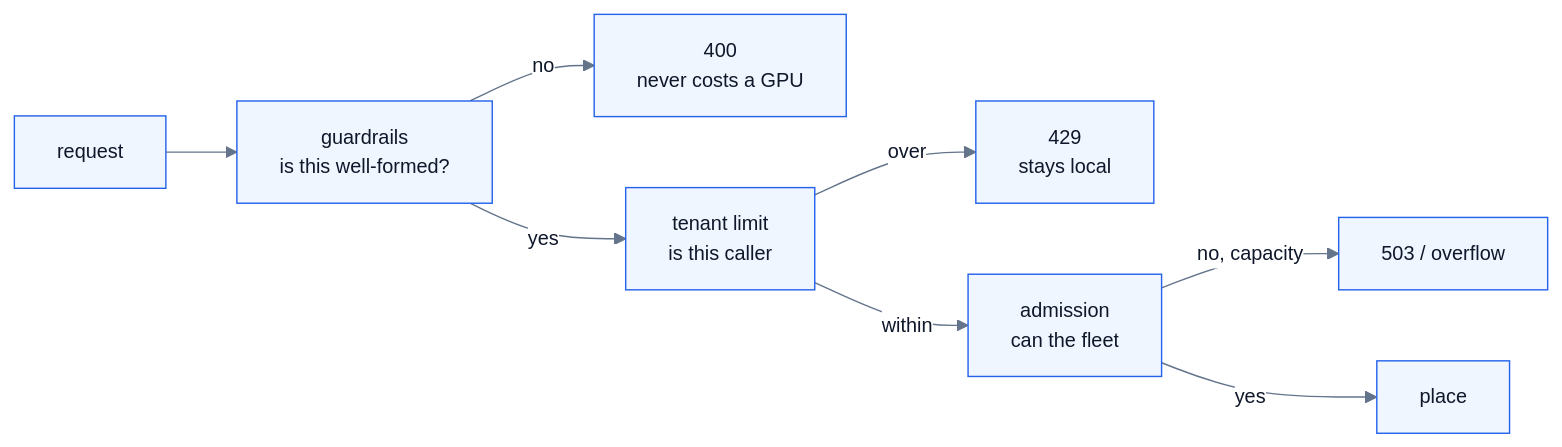
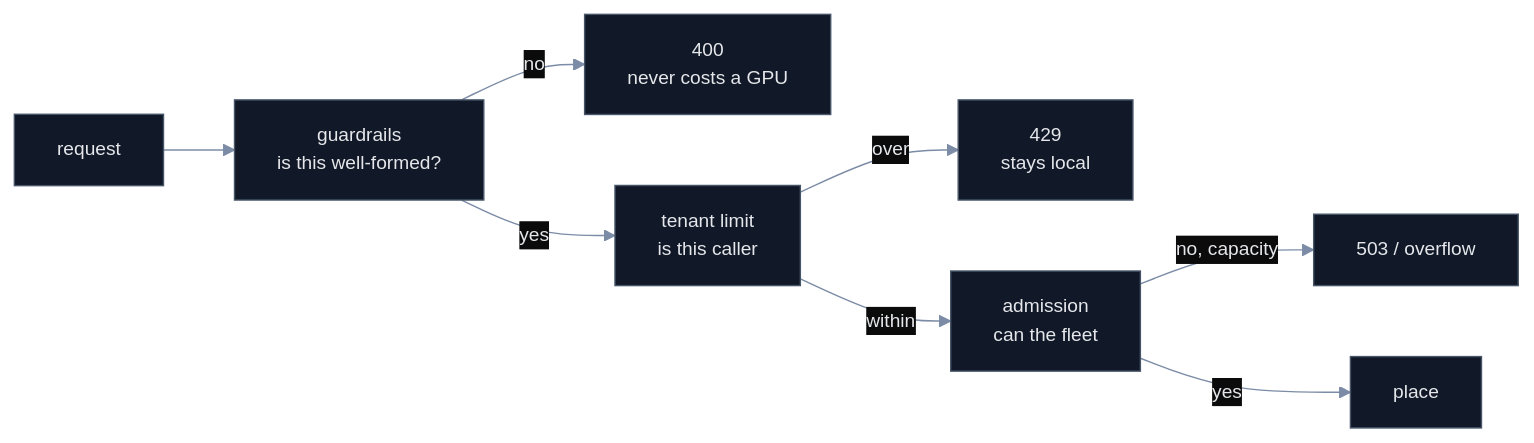
One commit to harshuljain13/Dodona changed the diagram in docs/project/03-admission.md. Above: the diagram before and after it, drawn with Mermaid. The commit also changed 13 other files, not shown here.

First line of the commit message:
style: dark diagrams, matching the banner

````diff
--- a/docs/project/03-admission.md
+++ b/docs/project/03-admission.md
@@ -6,18 +6,17 @@
 ```mermaid
 %%{init: {'theme':'base','themeVariables':{
-  'fontFamily':'ui-sans-serif, -apple-system, Segoe UI, Inter, Helvetica, Arial, sans-serif','fontSize':'14px',
-  'primaryColor':'#eff6ff','primaryTextColor':'#0f172a','primaryBorderColor':'#2563eb',
-  'secondaryColor':'#f0fdf4','tertiaryColor':'#fffbeb',
-  'lineColor':'#64748b','textColor':'#1e293b',
-  'clusterBkg':'#fbfdff','clusterBorder':'#93c5fd',
-  'edgeLabelBackground':'#ffffff','nodeBorder':'#2563eb'
+  'darkMode':true,'background':'#0B0B0B',
+  'fontFamily':'Helvetica, Arial, sans-serif','fontSize':'13.5px',
+  'primaryColor':'#111827','primaryTextColor':'#E5E7EB','primaryBorderColor':'#475569',
+  'lineColor':'#7C8CA6','textColor':'#E5E7EB','titleColor':'#E5E7EB',
+  'clusterBkg':'#0F1218','clusterBorder':'#263142','edgeLabelBackground':'#0B0B0B'
 }}}%%
 flowchart LR
     REQ["request"] --> G["guardrails<br/>is this well-formed?"]
     G -->|"no"| R400["400<br/>never costs a GPU"]
     G -->|"yes"| T["tenant limit<br/>is this caller"]
     T -->|"over"| R429["429<br/>stays local"]
     T -->|"within"| A["admission<br/>can the fleet"]
     A -->|"no, capacity"| R503["503 / overflow"]
     A -->|"yes"| P["place"]
 ```
````
